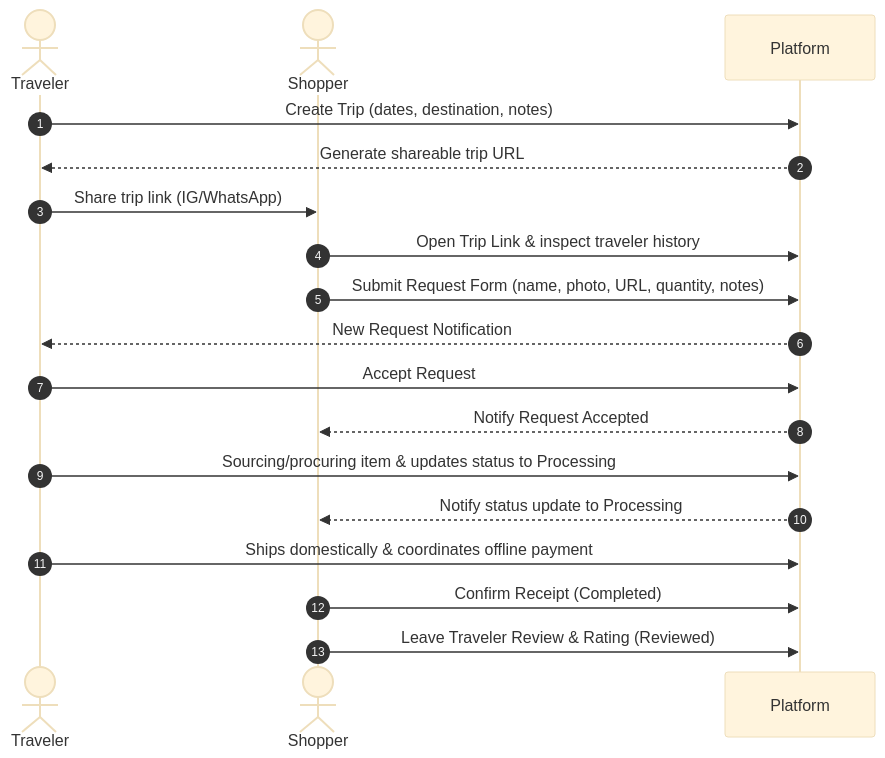
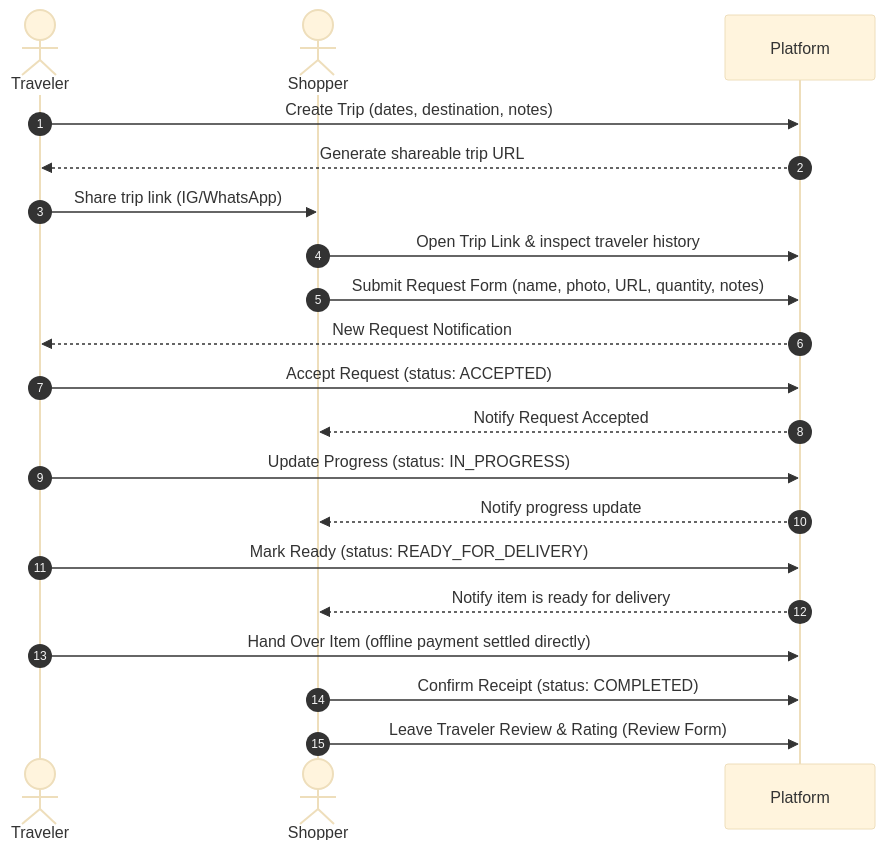
The diagram in docs/02-product/flows/core-user-flow.md (JUNCASUNDRA/mytrip-mytitipan), drawn with Mermaid (base theme) before and after one commit. The commit also changed other lines of this file and 38 other files, not shown here.

````diff
--- a/docs/02-product/flows/core-user-flow.md
+++ b/docs/02-product/flows/core-user-flow.md
@@ -32,21 +32,23 @@
 ```mermaid
 sequenceDiagram
     autonumber
     actor T as Traveler
     actor S as Shopper
     participant P as Platform
 
     T->>P: Create Trip (dates, destination, notes)
     P-->>T: Generate shareable trip URL
     T->>S: Share trip link (IG/WhatsApp)
     S->>P: Open Trip Link & inspect traveler history
     S->>P: Submit Request Form (name, photo, URL, quantity, notes)
     P-->>T: New Request Notification
-    T->>P: Accept Request
+    T->>P: Accept Request (status: ACCEPTED)
     P-->>S: Notify Request Accepted
-    T->>P: Sourcing/procuring item & updates status to Processing
-    P-->>S: Notify status update to Processing
-    T->>P: Ships domestically & coordinates offline payment
-    S->>P: Confirm Receipt (Completed)
-    S->>P: Leave Traveler Review & Rating (Reviewed)
+    T->>P: Update Progress (status: IN_PROGRESS)
+    P-->>S: Notify progress update
+    T->>P: Mark Ready (status: READY_FOR_DELIVERY)
+    P-->>S: Notify item is ready for delivery
+    T->>P: Hand Over Item (offline payment settled directly)
+    S->>P: Confirm Receipt (status: COMPLETED)
+    S->>P: Leave Traveler Review & Rating (Review Form)
 ```
````
